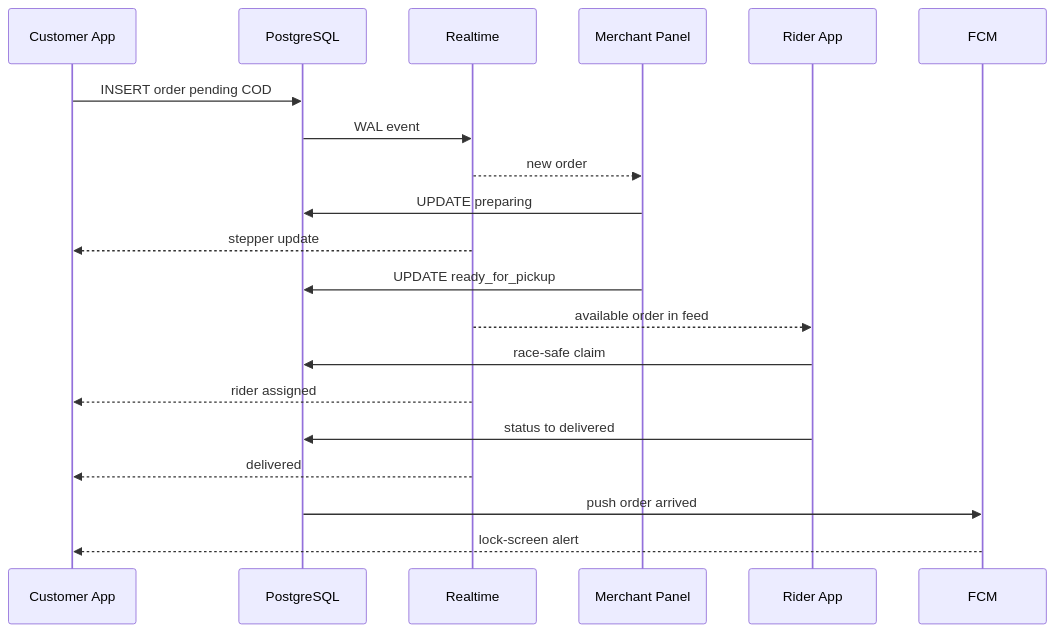
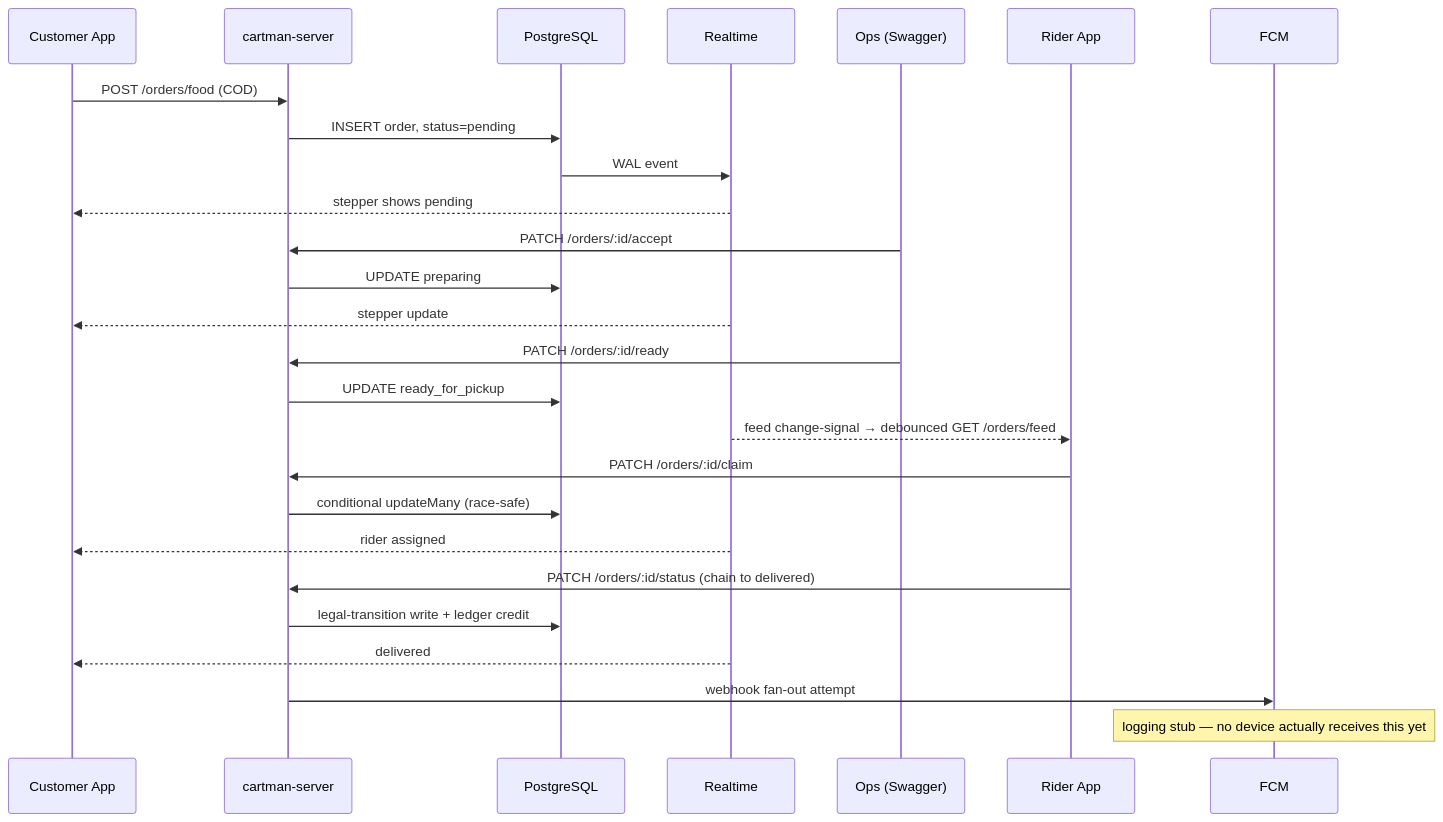
One commit to xzen-projects/cartman-ph-docs changed the third of 13 diagrams in docs/breakdown/flows.md. Above: the diagram before and after it, drawn with Mermaid. The commit also changed other lines of this file and 3 other files, not shown here.

First line of the commit message:
docs: mirror architecture reconciliation into breakdown docs

````diff
--- a/docs/breakdown/flows.md
+++ b/docs/breakdown/flows.md
@@ -118,23 +92,29 @@
 ```mermaid
 sequenceDiagram
   participant Cust as Customer App
+  participant Server as cartman-server
   participant DB as PostgreSQL
   participant RT as Realtime
-  participant Merch as Merchant Panel
+  participant Ops as Ops (Swagger)
   participant Rider as Rider App
   participant FCM as FCM
 
-  Cust->>DB: INSERT order pending COD
+  Cust->>Server: POST /orders/food (COD)
+  Server->>DB: INSERT order, status=pending
   DB->>RT: WAL event
-  RT-->>Merch: new order
-  Merch->>DB: UPDATE preparing
+  RT-->>Cust: stepper shows pending
+  Ops->>Server: PATCH /orders/:id/accept
+  Server->>DB: UPDATE preparing
   RT-->>Cust: stepper update
-  Merch->>DB: UPDATE ready_for_pickup
-  RT-->>Rider: available order in feed
-  Rider->>DB: race-safe claim
+  Ops->>Server: PATCH /orders/:id/ready
+  Server->>DB: UPDATE ready_for_pickup
+  RT-->>Rider: feed change-signal → debounced GET /orders/feed
+  Rider->>Server: PATCH /orders/:id/claim
+  Server->>DB: conditional updateMany (race-safe)
   RT-->>Cust: rider assigned
-  Rider->>DB: status to delivered
+  Rider->>Server: PATCH /orders/:id/status (chain to delivered)
+  Server->>DB: legal-transition write + ledger credit
   RT-->>Cust: delivered
-  DB->>FCM: push order arrived
-  FCM-->>Cust: lock-screen alert
+  Server->>FCM: webhook fan-out attempt
+  Note over FCM: logging stub — no device actually receives this yet
 ```
````
